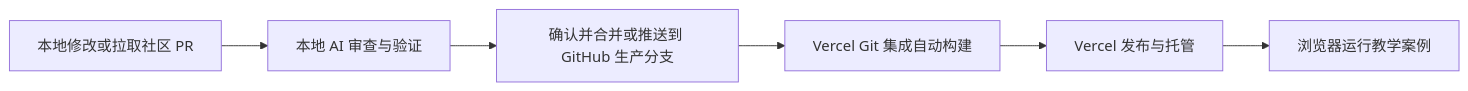
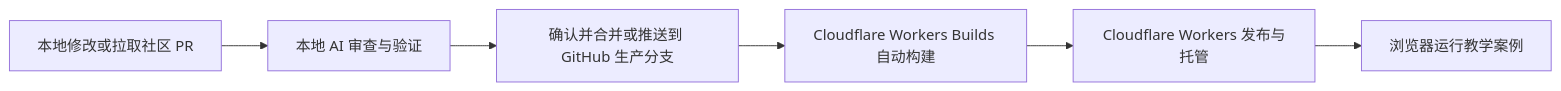
The diagram in docs/ARCHITECTURE.md (geoochi/feynman-technique), drawn with Mermaid before and after one commit. The commit also changed other lines of this file and 36 other files, not shown here.

First line of the commit message:
Add multilingual SEO and Cloudflare Workers deployment

````diff
--- a/docs/ARCHITECTURE.md
+++ b/docs/ARCHITECTURE.md
@@ -60,8 +60,8 @@
 ```mermaid
 flowchart LR
   A[本地修改或拉取社区 PR] --> B[本地 AI 审查与验证]
   B --> C[确认并合并或推送到 GitHub 生产分支]
-  C --> D[Vercel Git 集成自动构建]
-  D --> E[Vercel 发布与托管]
+  C --> D[Cloudflare Workers Builds 自动构建]
+  D --> E[Cloudflare Workers 发布与托管]
   E --> F[浏览器运行教学案例]
 ```
````
